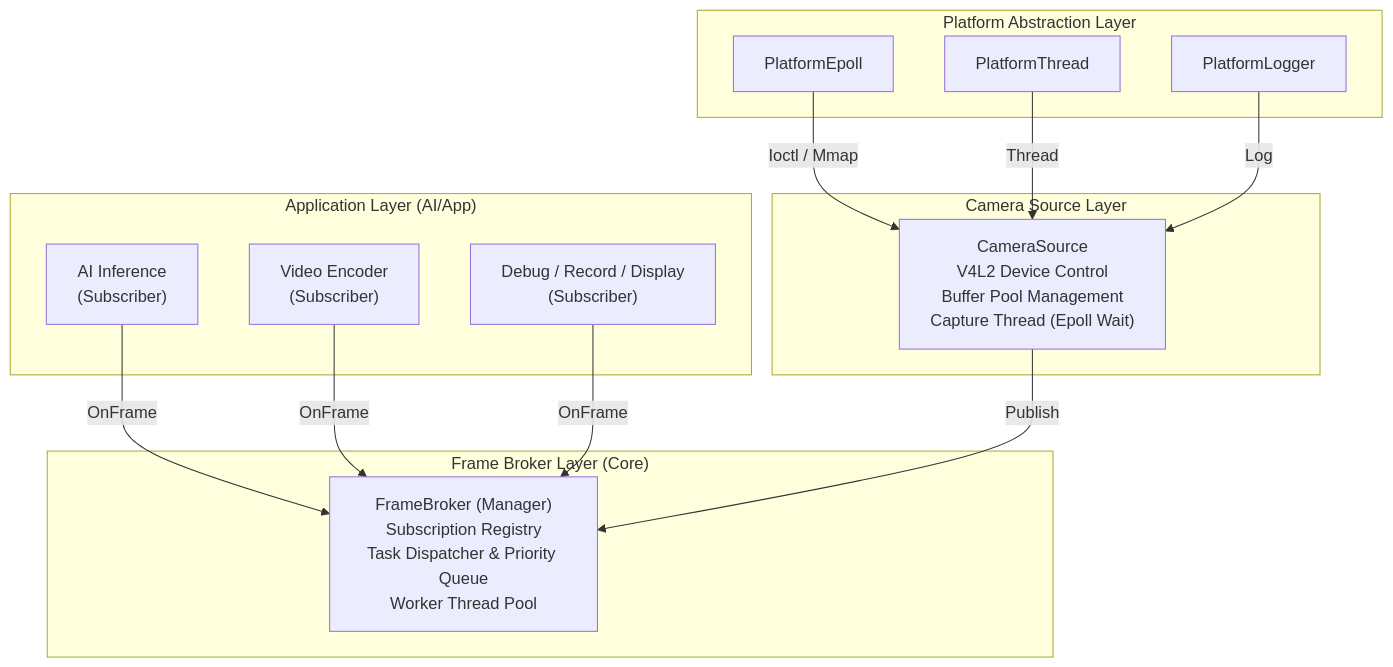
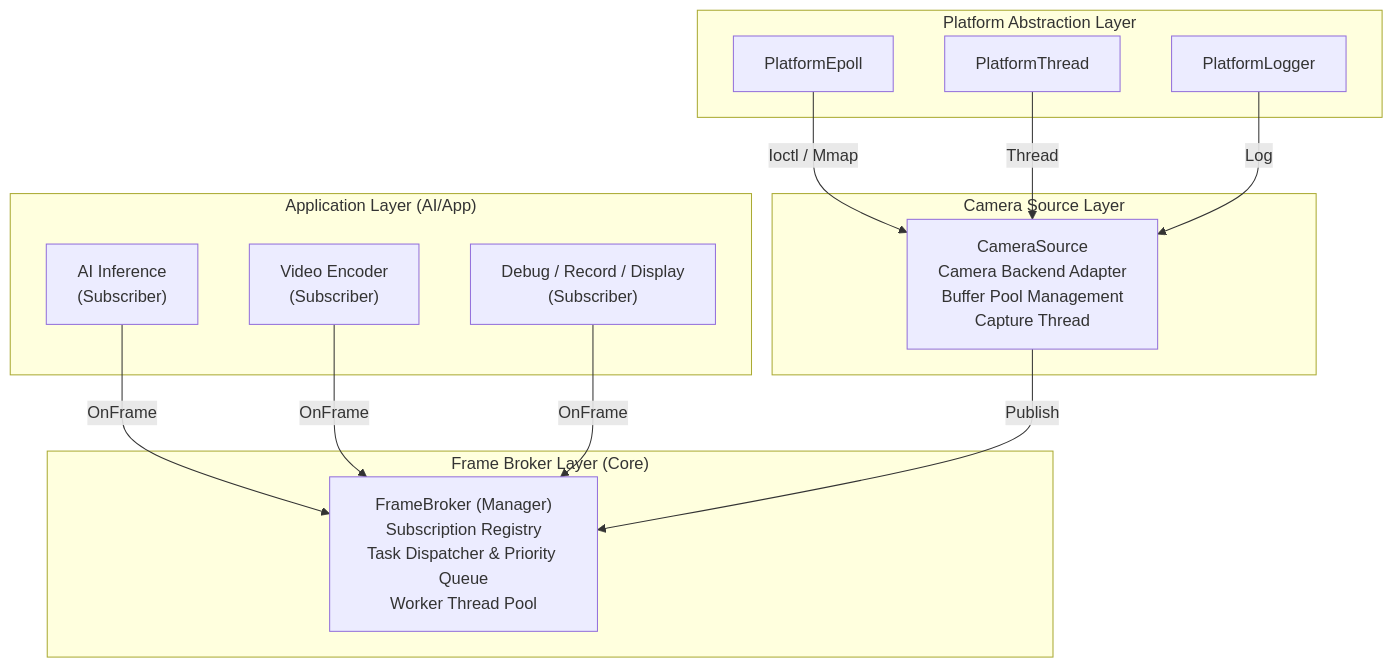
One commit to SuycxZMZ/CameraSubsystem changed the first of 2 diagrams in docs/PROJECT_OVERVIEW.md. Above: the diagram before and after it, drawn with Mermaid. The commit also changed other lines of this file and 6 other files, not shown here.

````diff
--- a/docs/PROJECT_OVERVIEW.md
+++ b/docs/PROJECT_OVERVIEW.md
@@ -68,30 +70,30 @@
 ```mermaid
 flowchart TB
     subgraph App["Application Layer (AI/App)"]
         AI["AI Inference<br/>(Subscriber)"]
         Encoder["Video Encoder<br/>(Subscriber)"]
         Debug["Debug / Record / Display<br/>(Subscriber)"]
     end
 
     subgraph BrokerLayer["Frame Broker Layer (Core)"]
         Broker["FrameBroker (Manager)<br/>Subscription Registry<br/>Task Dispatcher & Priority Queue<br/>Worker Thread Pool"]
     end
 
     subgraph CameraLayer["Camera Source Layer"]
-        Source["CameraSource<br/>V4L2 Device Control<br/>Buffer Pool Management<br/>Capture Thread (Epoll Wait)"]
+        Source["CameraSource<br/>Camera Backend Adapter<br/>Buffer Pool Management<br/>Capture Thread"]
     end
 
     subgraph PlatformLayer["Platform Abstraction Layer"]
         Epoll["PlatformEpoll"]
         Thread["PlatformThread"]
         Logger["PlatformLogger"]
     end
 
     AI -->|OnFrame| Broker
     Encoder -->|OnFrame| Broker
     Debug -->|OnFrame| Broker
     Source -->|Publish| Broker
     Epoll -->|Ioctl / Mmap| Source
     Thread -->|Thread| Source
     Logger -->|Log| Source
 ```
````
